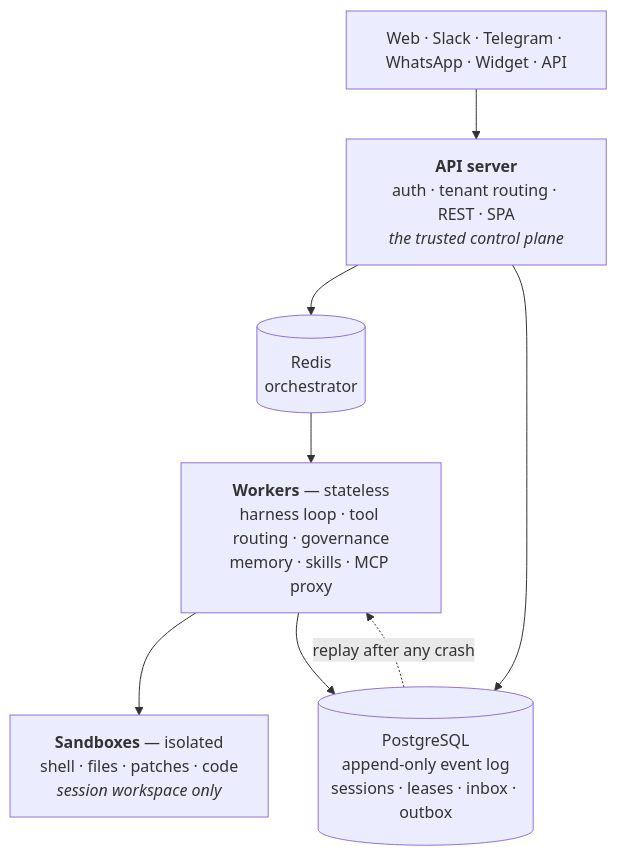
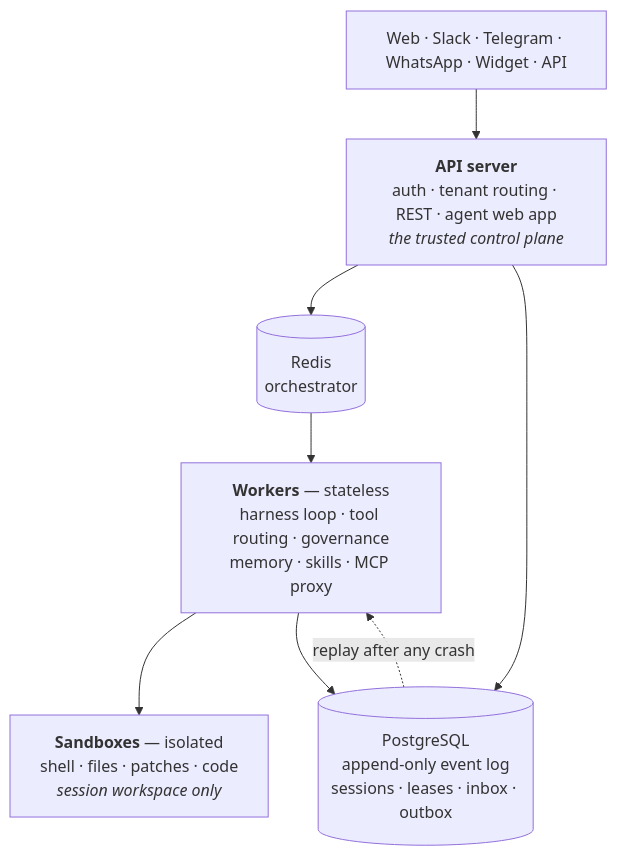
The diagram in README.md (invergent-ai/surogates), drawn with Mermaid before and after one commit. The commit also changed other lines of this file, not shown here.

````diff
--- a/README.md
+++ b/README.md
@@ -300,11 +290,11 @@
 ```mermaid
 flowchart TD
     C["Web · Slack · Telegram · WhatsApp · Widget · API"]
-    C --> API["<b>API server</b><br/>auth · tenant routing · REST · SPA<br/><i>the trusted control plane</i>"]
+    C --> API["<b>API server</b><br/>auth · tenant routing · REST · agent web app<br/><i>the trusted control plane</i>"]
     API --> R[("Redis<br/>orchestrator")]
     R --> W["<b>Workers</b> — stateless<br/>harness loop · tool routing · governance<br/>memory · skills · MCP proxy"]
     W --> S["<b>Sandboxes</b> — isolated<br/>shell · files · patches · code<br/><i>session workspace only</i>"]
     W --> DB[("PostgreSQL<br/>append-only event log<br/>sessions · leases · inbox · outbox")]
     API --> DB
     DB -. "replay after any crash" .-> W
 ```
````
